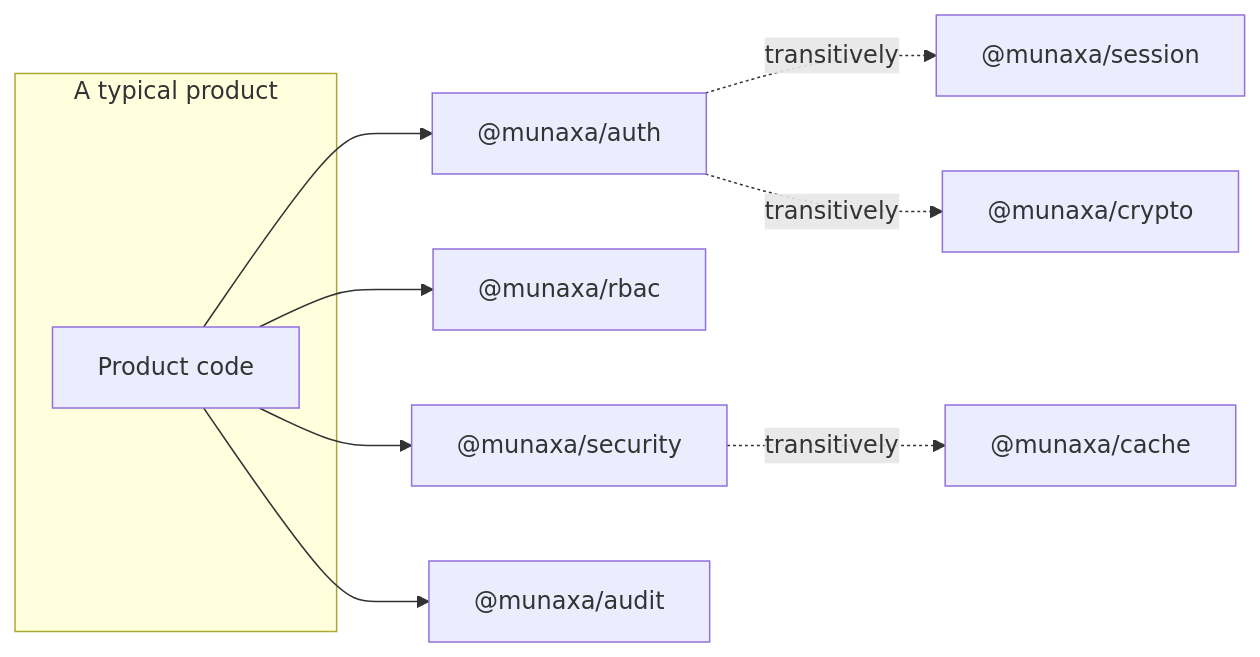
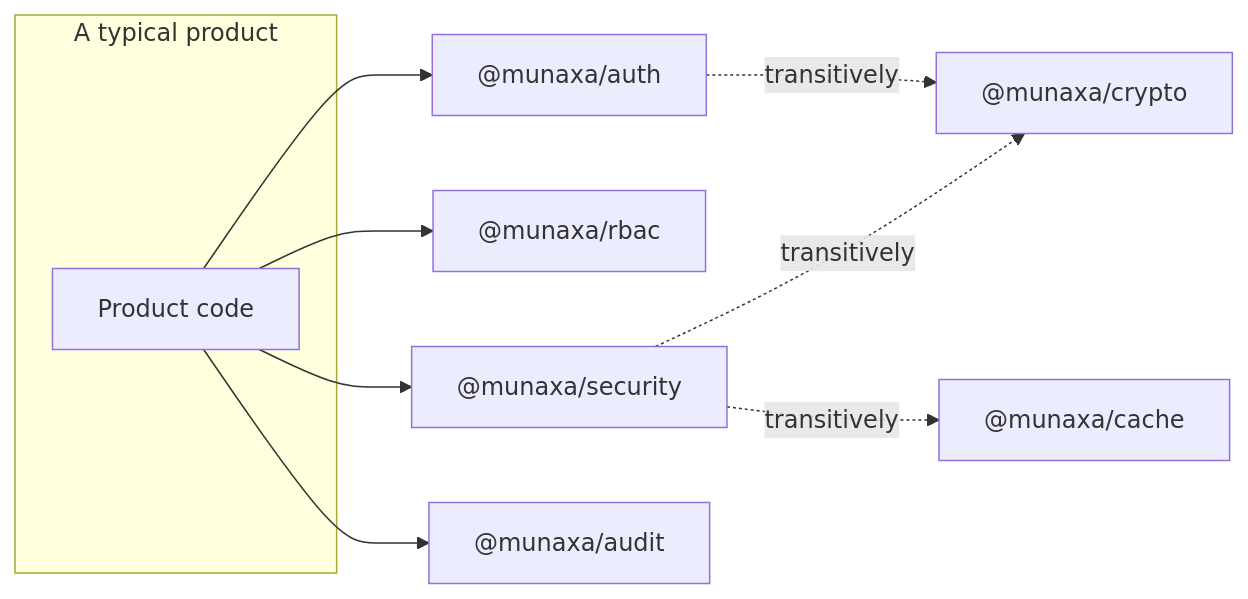
Before and after one commit to munaxa/munaxa-platform: the second of 2 diagrams in docs/security-platform/package-dependencies.md, drawn with Mermaid. The commit also changed other lines of this file and 8 other files, not shown here.

````diff
--- a/docs/security-platform/package-dependencies.md
+++ b/docs/security-platform/package-dependencies.md
@@ -78,15 +74,15 @@
 ```mermaid
 graph LR
   subgraph Typical["A typical product"]
     P[Product code]
   end
 
   P --> auth["@munaxa/auth"]
   P --> rbac["@munaxa/rbac"]
   P --> security["@munaxa/security"]
   P --> audit["@munaxa/audit"]
 
-  auth -.transitively.-> session["@munaxa/session"]
   auth -.transitively.-> crypto["@munaxa/crypto"]
   security -.transitively.-> cache["@munaxa/cache"]
+  security -.transitively.-> crypto
 ```
````
